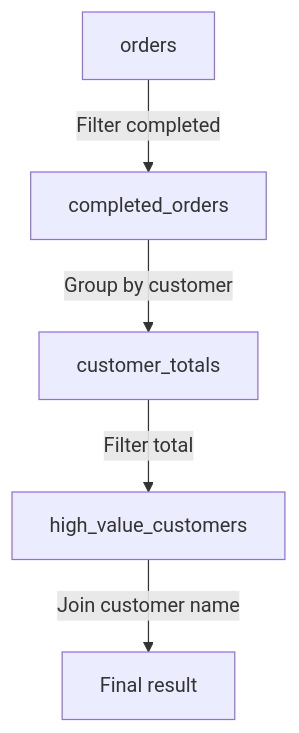
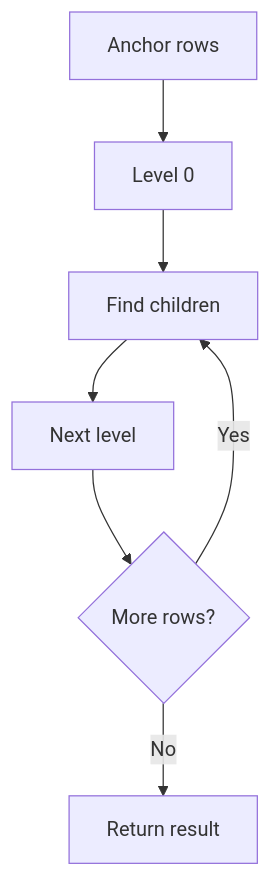
Before and after one commit to AvadhBhalodiya/Interview-Preparation: the sixth of 7 diagrams in src/content/databases/joins-subqueries-ctes.md, drawn with Mermaid. The commit also changed other lines of this file and 80 other files, not shown here.

````diff
--- a/src/content/databases/joins-subqueries-ctes.md
+++ b/src/content/databases/joins-subqueries-ctes.md
@@ -1144,7 +710,9 @@
 ```mermaid
 flowchart TD
-    O[orders] -->|Filter completed| CO[completed_orders]
-    CO -->|Group by customer| CT[customer_totals]
-    CT -->|Filter total| HV[high_value_customers]
-    HV -->|Join customer name| FR[Final result]
+    A[Anchor rows] --> B[Level 0]
+    B --> C[Find children]
+    C --> D[Next level]
+    D --> E{More rows?}
+    E -->|Yes| C
+    E -->|No| F[Return result]
 ```
````
